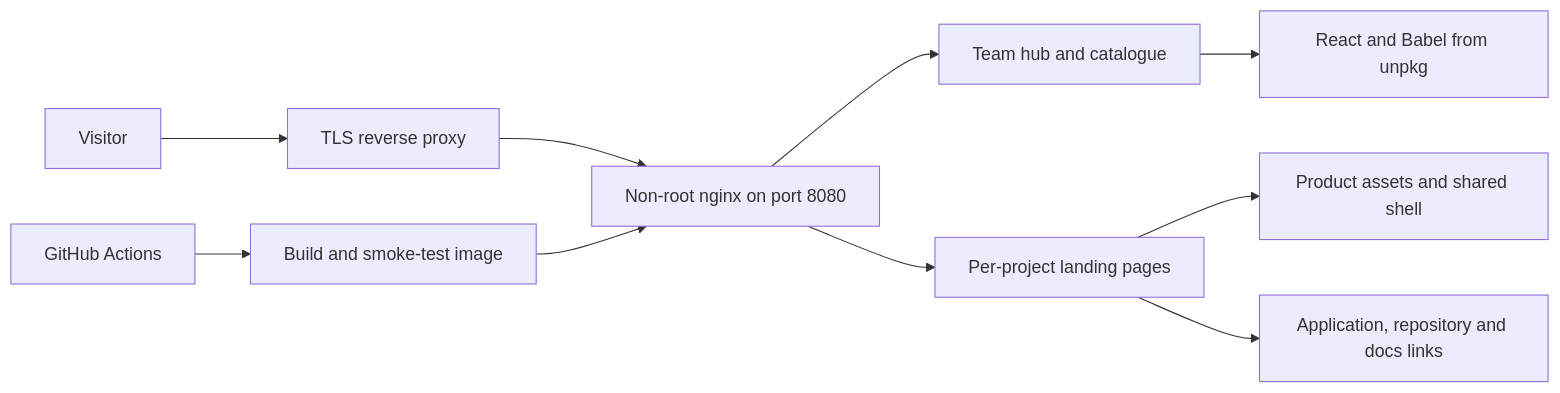
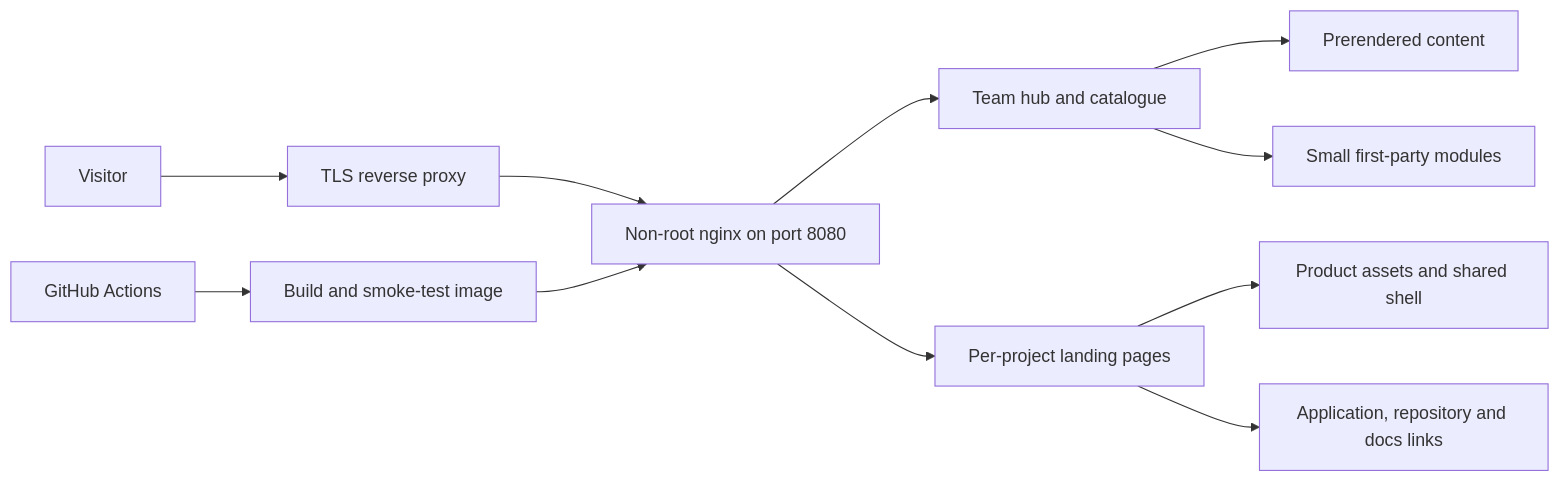
The diagram in README.md (Team-AER/aer-landing), drawn with Mermaid before and after one commit. The commit also changed other lines of this file and 22 other files, not shown here.

````diff
--- a/README.md
+++ b/README.md
@@ -43,12 +44,13 @@
 ```mermaid
 flowchart LR
     Visitor[Visitor] --> Proxy[TLS reverse proxy]
     Proxy --> Nginx[Non-root nginx on port 8080]
     Nginx --> Hub[Team hub and catalogue]
     Nginx --> Pages[Per-project landing pages]
-    Hub --> React[React and Babel from unpkg]
+    Hub --> HTML[Prerendered content]
+    Hub --> Scripts[Small first-party modules]
     Pages --> Assets[Product assets and shared shell]
     Pages --> Links[Application, repository and docs links]
     CI[GitHub Actions] --> Image[Build and smoke-test image]
     Image --> Nginx
 ```
````
